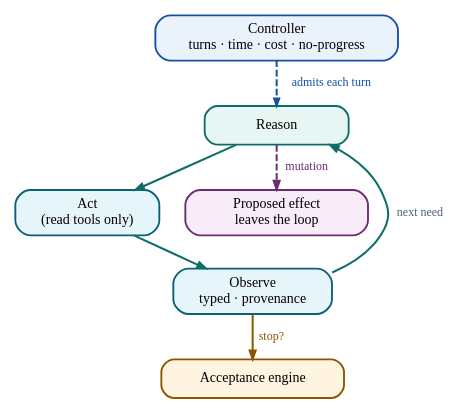
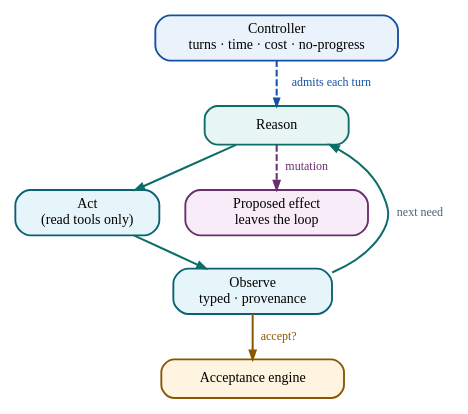
One commit to rrahimi-uci/building-enterprise-general-intelligence changed the diagram in assets/diagrams/src/pattern-react.gv. Above: the diagram before and after it, drawn with Graphviz. The commit also changed 38 other files, not shown here.

```diff
--- a/assets/diagrams/src/pattern-react.gv
+++ b/assets/diagrams/src/pattern-react.gv
@@ -1,26 +1,27 @@
 // Figure 10-1 — Bounded ReAct. The loop is inside; the limits are outside.
 // Message: reason-act-observe cycles, but the controller that owns budgets,
 // no-progress detection and termination is not in the loop. A mutation never
-// executes inside it -- it leaves as a proposal.
+// executes inside it -- it leaves as a proposal. Stopping is the controller's
+// decision; whether an answer is accepted is the acceptance engine's.
 digraph pattern_react {
   rankdir = TB
   graph [ranksep=0.34, nodesep=0.26]
   node [shape=box, style="filled,rounded", penwidth=1.4, fontsize=10.5,
         margin="0.12,0.07", height=0.40, width=1.5]
   edge [arrowsize=0.65, penwidth=1.5, color="#0D6E69"]
 
   ctl [label="Controller\nturns · time · cost · no-progress", fillcolor="#EAF3FB",
        color="#1450A3", width=2.5]
   rea [label="Reason", fillcolor="#E7F5F3", color="#0D6E69"]
   act [label="Act\n(read tools only)", fillcolor="#E6F5F9", color="#0B6076"]
   obs [label="Observe\ntyped · provenance", fillcolor="#E6F5F9", color="#0B6076"]
   acc [label="Acceptance engine", fillcolor="#FFF4DF", color="#8A5600", width=1.9]
   pro [label="Proposed effect\nleaves the loop", fillcolor="#F7ECF8", color="#6A2E6E", width=1.9]
 
   rea -> act -> obs
   obs -> rea [label=" next need", fontsize=9, fontcolor="#4A6078"]
   ctl -> rea [color="#1450A3", style=dashed, arrowsize=0.55, label=" admits each turn",
               fontsize=9, fontcolor="#1450A3"]
-  obs -> acc [color="#8A5600", label=" stop?", fontsize=9, fontcolor="#8A5600"]
+  obs -> acc [color="#8A5600", label=" accept?", fontsize=9, fontcolor="#8A5600"]
   rea -> pro [color="#6A2E6E", style=dashed, label=" mutation", fontsize=9, fontcolor="#6A2E6E"]
 }
```
